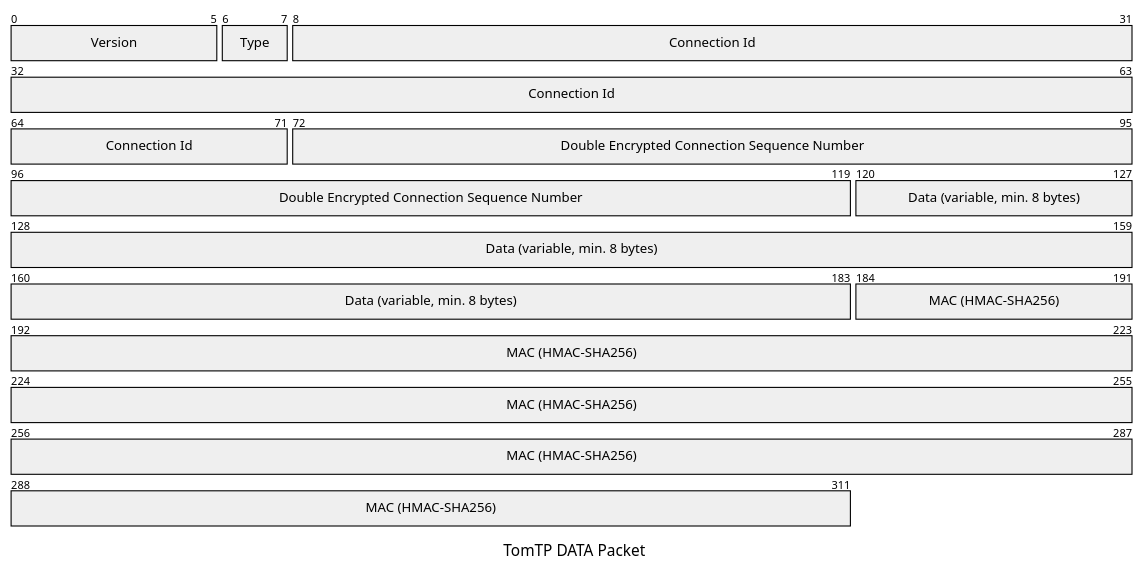
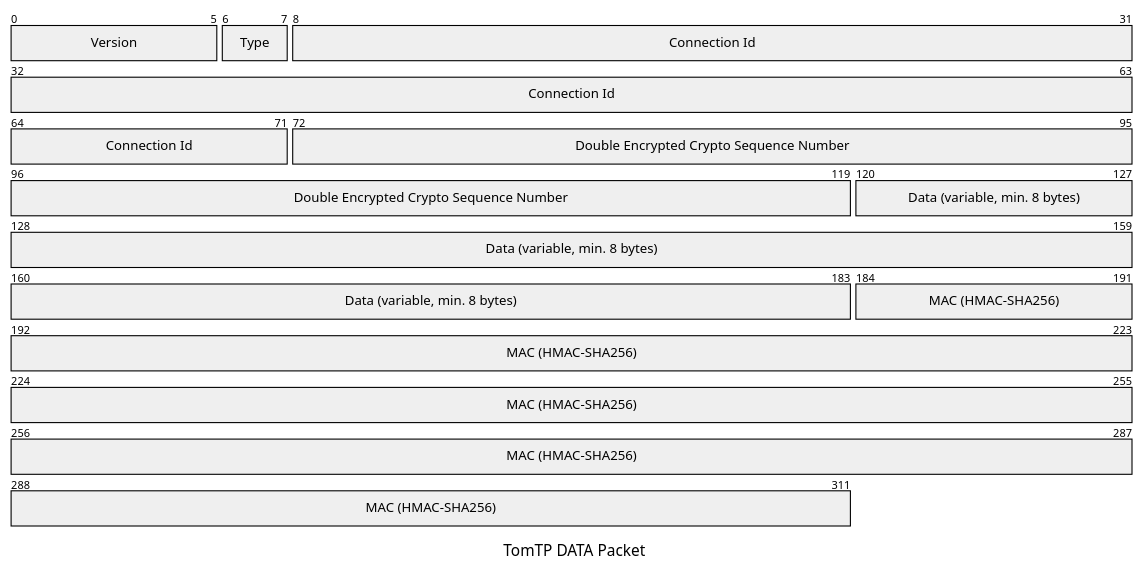
The third of 6 diagrams in Readme.md (tbocek/tomtp), drawn with Mermaid before and after one commit. The commit also changed other lines of this file and 6 other files, not shown here.

````diff
--- a/Readme.md
+++ b/Readme.md
@@ -92,12 +100,12 @@
 ```mermaid
 ---
 title: "TomTP DATA Packet"
 ---
 packet-beta
   0-5: "Version"
   6-7: "Type"
   8-71: "Connection Id"
-  72-119: "Double Encrypted Connection Sequence Number"
+  72-119: "Double Encrypted Crypto Sequence Number"
   120-183: "Data (variable, min. 8 bytes)"
   184-311: "MAC (HMAC-SHA256)"
 ```
````
